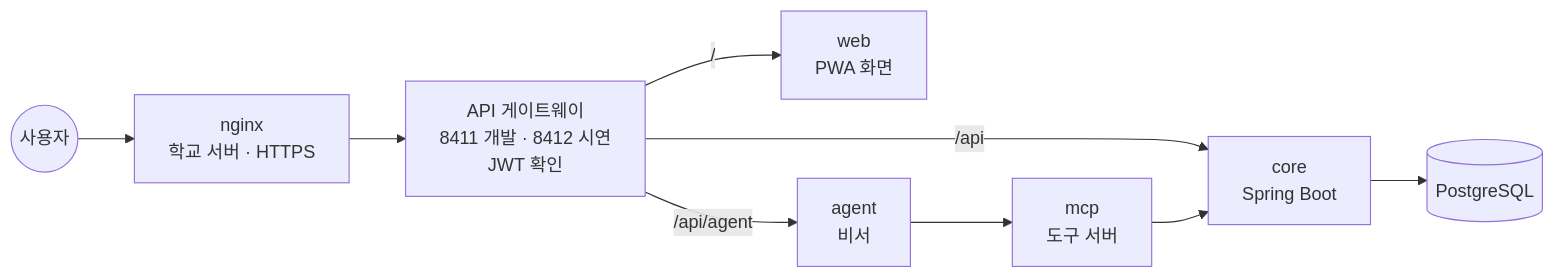
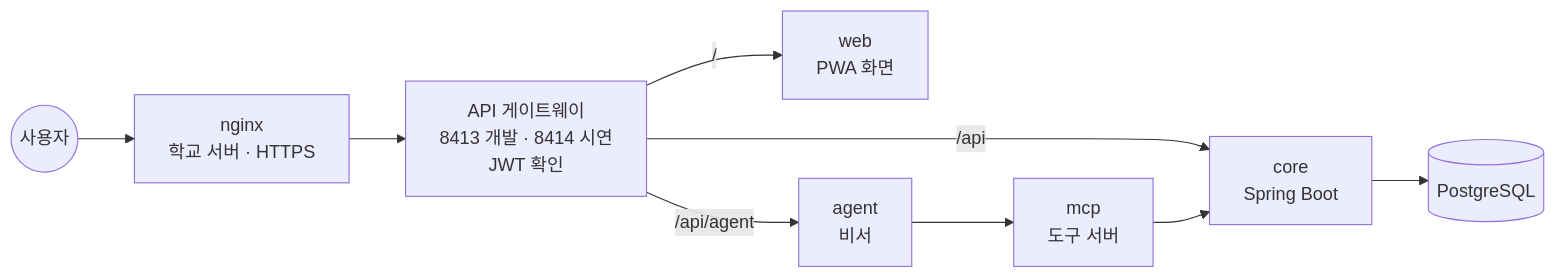
The second of 2 diagrams in README.md (AI-go-do/infra), drawn with Mermaid before and after one commit. The commit also changed other lines of this file and 2 other files, not shown here.

````diff
--- a/README.md
+++ b/README.md
@@ -34,11 +34,11 @@
 ```mermaid
 flowchart LR
   U((사용자)) --> X[nginx<br/>학교 서버 · HTTPS]
-  X --> G[API 게이트웨이<br/>8411 개발 · 8412 시연<br/>JWT 확인]
+  X --> G[API 게이트웨이<br/>8413 개발 · 8414 시연<br/>JWT 확인]
   G -- / --> W[web<br/>PWA 화면]
   G -- /api --> C[core<br/>Spring Boot]
   G -- /api/agent --> AG[agent<br/>비서]
   C --> P[(PostgreSQL)]
   AG --> M[mcp<br/>도구 서버]
   M --> C
 ```
````
